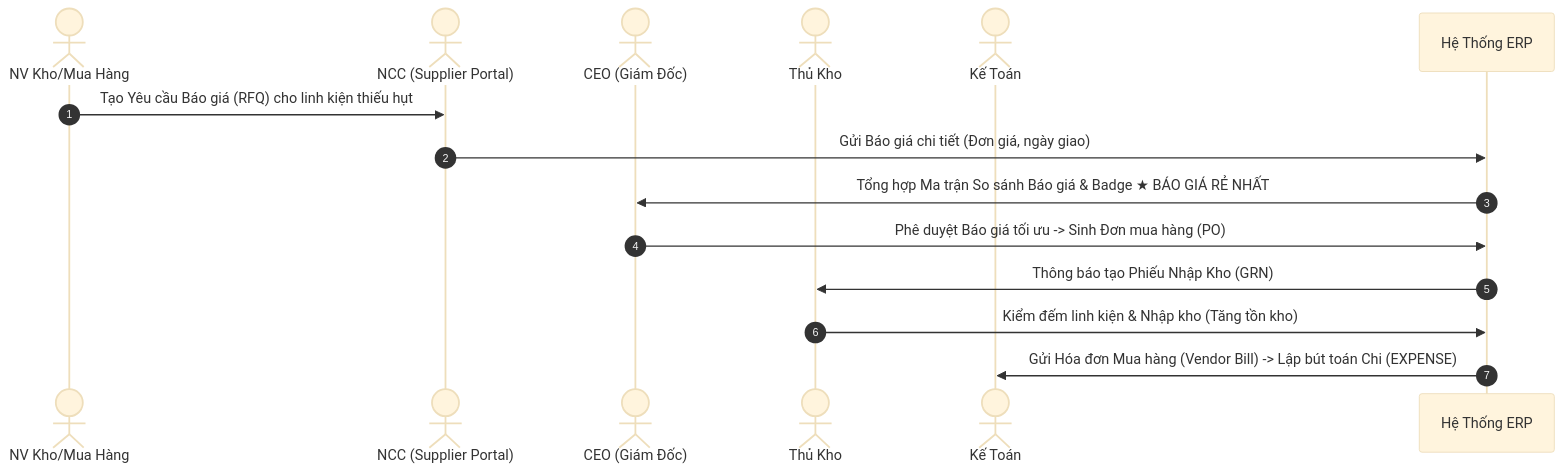
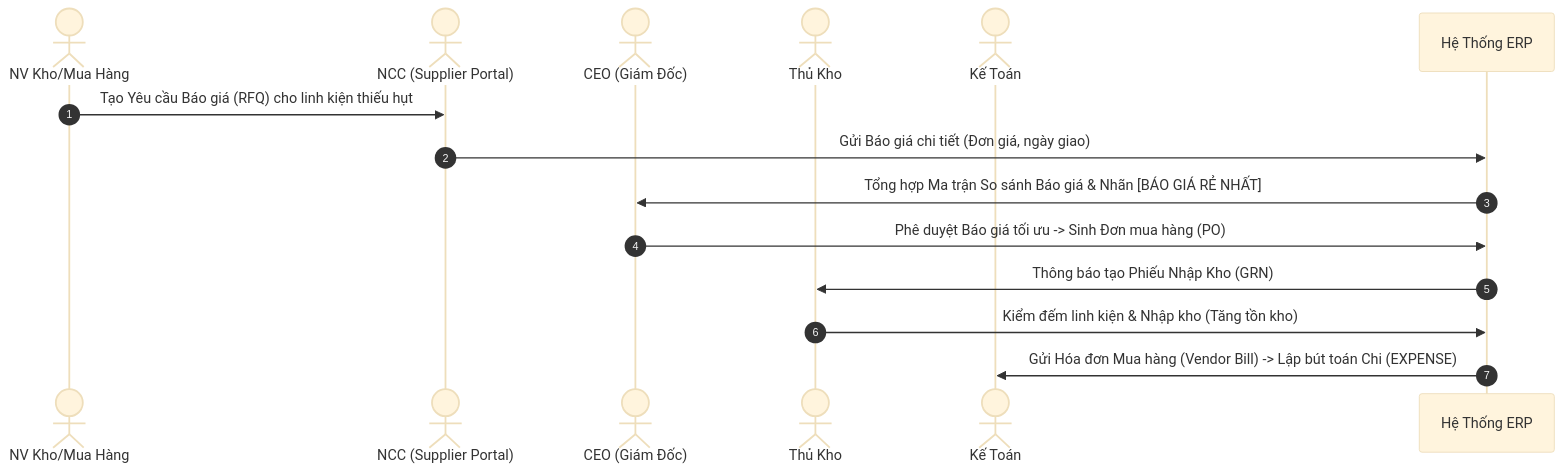
The second of 4 diagrams in README.md (CauBeHayBun/KLTN_ERP), drawn with Mermaid (base theme) before and after one commit. The commit also changed other lines of this file and 39 other files, not shown here.

Commit message:
feat: Complete system optimization, clean architecture, RFQ quantity sync, shipper assignment modal, email template dark mode fix, and academic README

````diff
--- a/README.md
+++ b/README.md
@@ -110,17 +110,17 @@
 ```mermaid
 sequenceDiagram
     autonumber
     actor NV Kho/Mua Hàng
     actor NCC (Supplier Portal)
     actor CEO (Giám Đốc)
     actor Thủ Kho
     actor Kế Toán
 
     NV Kho/Mua Hàng->>NCC (Supplier Portal): Tạo Yêu cầu Báo giá (RFQ) cho linh kiện thiếu hụt
     NCC (Supplier Portal)->>Hệ Thống ERP: Gửi Báo giá chi tiết (Đơn giá, ngày giao)
-    Hệ Thống ERP->>CEO (Giám Đốc): Tổng hợp Ma trận So sánh Báo giá & Badge ★ BÁO GIÁ RẺ NHẤT
+    Hệ Thống ERP->>CEO (Giám Đốc): Tổng hợp Ma trận So sánh Báo giá & Nhãn [BÁO GIÁ RẺ NHẤT]
     CEO (Giám Đốc)->>Hệ Thống ERP: Phê duyệt Báo giá tối ưu -> Sinh Đơn mua hàng (PO)
     Hệ Thống ERP->>Thủ Kho: Thông báo tạo Phiếu Nhập Kho (GRN)
     Thủ Kho->>Hệ Thống ERP: Kiểm đếm linh kiện & Nhập kho (Tăng tồn kho)
     Hệ Thống ERP->>Kế Toán: Gửi Hóa đơn Mua hàng (Vendor Bill) -> Lập bút toán Chi (EXPENSE)
 ```
````
